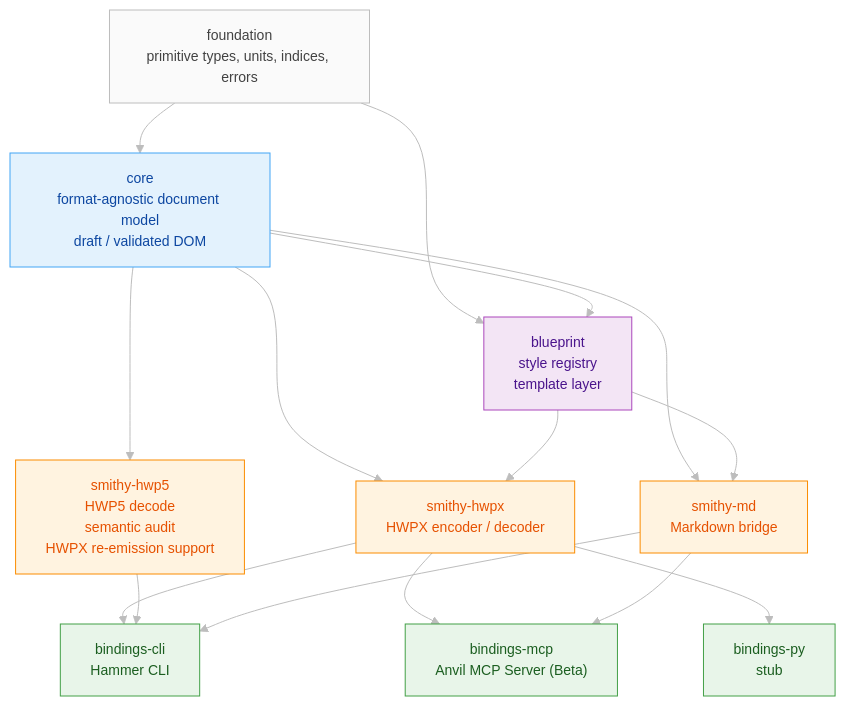
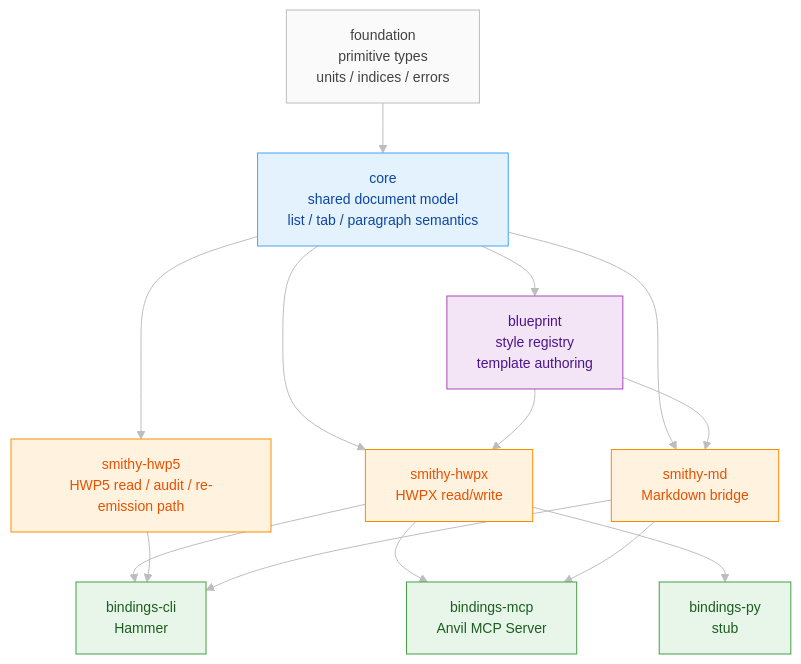
One commit to ai-screams/HwpForge changed the first of 2 diagrams in README.md. Above: the diagram before and after it, drawn with Mermaid. The commit also changed other lines of this file and 11 other files, not shown here.

````diff
--- a/README.md
+++ b/README.md
@@ -392,37 +392,36 @@
 ```mermaid
 %%{init: {'theme': 'base', 'themeVariables': {'fontSize': '14px', 'lineColor': '#BDBDBD'}}}%%
 flowchart TB
-    F["foundation<br/>primitive types, units, indices, errors"]:::foundation
-    C["core<br/>format-agnostic document model<br/>draft / validated DOM"]:::core
-    B["blueprint<br/>style registry<br/>template layer"]:::blueprint
+    F["foundation<br/>primitive types<br/>units / indices / errors"]:::foundation
+    C["core<br/>shared document model<br/>list / tab / paragraph semantics"]:::core
+    B["blueprint<br/>style registry<br/>template authoring"]:::blueprint
 
-    SHX["smithy-hwpx<br/>HWPX encoder / decoder"]:::smithy
-    SH5["smithy-hwp5<br/>HWP5 decode<br/>semantic audit<br/>HWPX re-emission support"]:::smithy
+    SHX["smithy-hwpx<br/>HWPX read/write"]:::smithy
+    SH5["smithy-hwp5<br/>HWP5 read / audit / re-emission path"]:::smithy
     SMD["smithy-md<br/>Markdown bridge"]:::smithy
 
-    CLI["bindings-cli<br/>Hammer CLI"]:::binding
-    MCP["bindings-mcp<br/>Anvil MCP Server (Beta)"]:::binding
+    CLI["bindings-cli<br/>Hammer"]:::binding
+    MCP["bindings-mcp<br/>Anvil MCP Server"]:::binding
     PY["bindings-py<br/>stub"]:::binding
 
     F --> C
-    F --> B
     C --> B
     C --> SHX
     C --> SH5
     C --> SMD
     B --> SHX
     B --> SMD
     SHX --> CLI
     SH5 --> CLI
     SMD --> CLI
     SHX --> MCP
     SMD --> MCP
     SHX --> PY
 
-    classDef file     fill:#FFFDE7,stroke:#F9A825,color:#5D4037
-    classDef smithy   fill:#FFF3E0,stroke:#FB8C00,color:#E65100
-    classDef core     fill:#E3F2FD,stroke:#42A5F5,color:#0D47A1
+    classDef file fill:#FFFDE7,stroke:#F9A825,color:#5D4037
+    classDef smithy fill:#FFF3E0,stroke:#FB8C00,color:#E65100
+    classDef core fill:#E3F2FD,stroke:#42A5F5,color:#0D47A1
     classDef blueprint fill:#F3E5F5,stroke:#AB47BC,color:#4A148C
     classDef foundation fill:#FAFAFA,stroke:#BDBDBD,color:#424242
     classDef binding fill:#E8F5E9,stroke:#43A047,color:#1B5E20
 ```
````
